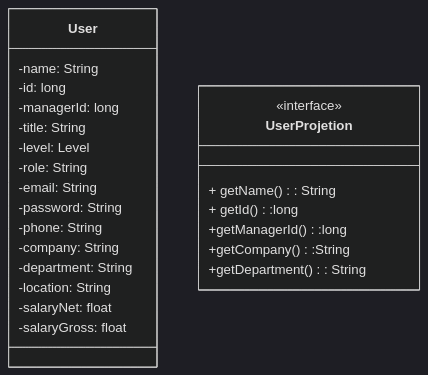
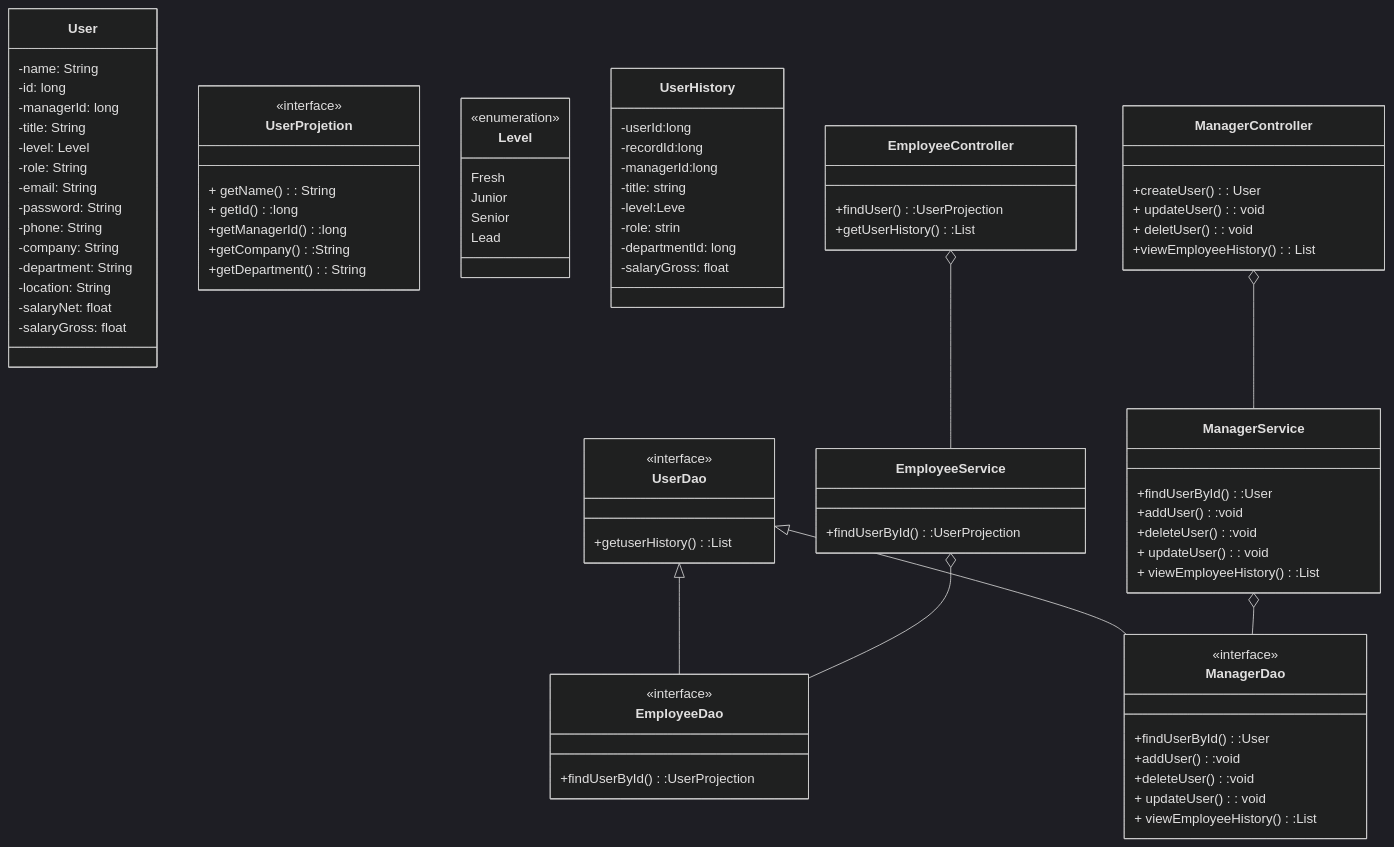
Before and after one commit to wrak-fra5-belbasalla7mar/.github: the first of 7 diagrams in README.md, drawn with Mermaid (dark theme). The commit also changed other lines of this file, not shown here.

````diff
--- a/README.md
+++ b/README.md
@@ -27,4 +27,64 @@
 +getCompany():String 
 +getDepartment(): String
 }
+class Level{
+<<enumeration>>
+Fresh
+Junior
+Senior
+Lead
+}
+class UserHistory{
+-userId:long
+-recordId:long
+-managerId:long
+-title: string
+-level:Leve
+-role: strin
+-departmentId: long
+-salaryGross: float
+}
+class UserDao{
+<<interface>>
++getuserHistory():List<User>
+}
+class EmployeeDao{
+<<interface>>
++findUserById():UserProjection
+}
+class ManagerDao{
+<<interface>>
++findUserById():User
++addUser():void
++deleteUser():void
++ updateUser(): void
++ viewEmployeeHistory():List<User>
+}
+
+class EmployeeService{
++findUserById():UserProjection
+}
+class ManagerService{
++findUserById():User
++addUser():void
++deleteUser():void
++ updateUser(): void
++ viewEmployeeHistory():List<User>
+}
+class EmployeeController{
++findUser():UserProjection
++getUserHistory():List<User>
+}
+class ManagerController{
++createUser(): User
++ updateUser(): void
++ deletUser(): void
++viewEmployeeHistory(): List<User>
+}
+UserDao <|--EmployeeDao
+UserDao <|--ManagerDao
+ManagerService o-- ManagerDao
+EmployeeService o-- EmployeeDao
+ManagerController o-- ManagerService
+EmployeeController o-- EmployeeService
 ```
````
